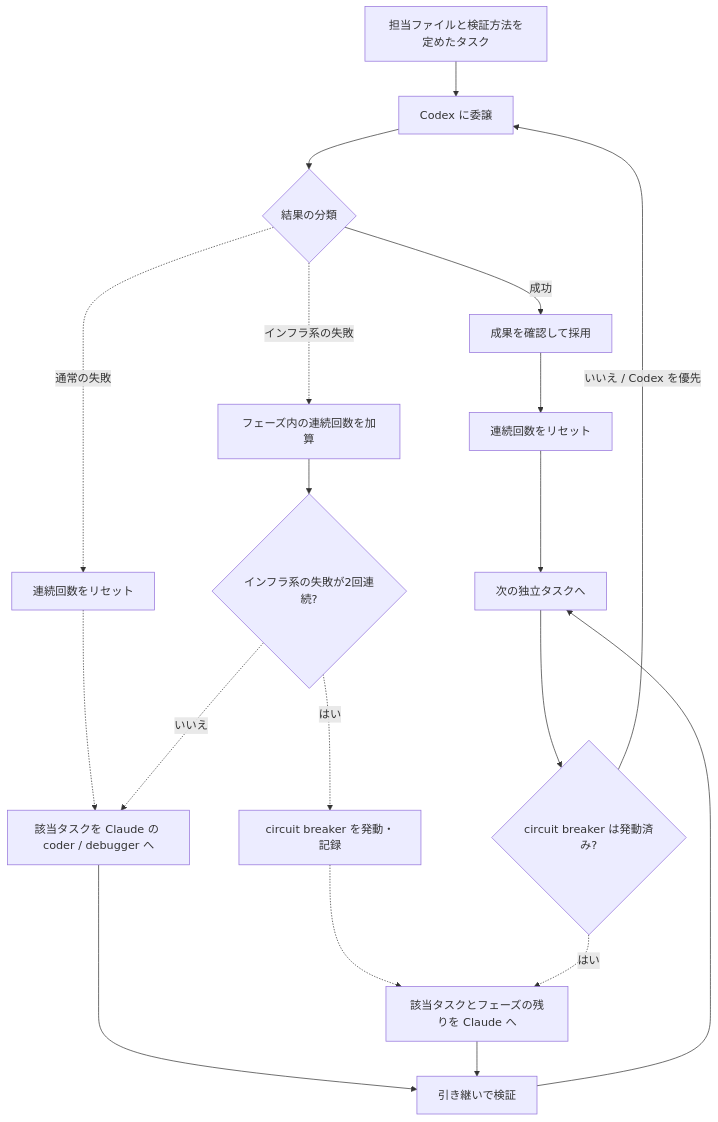
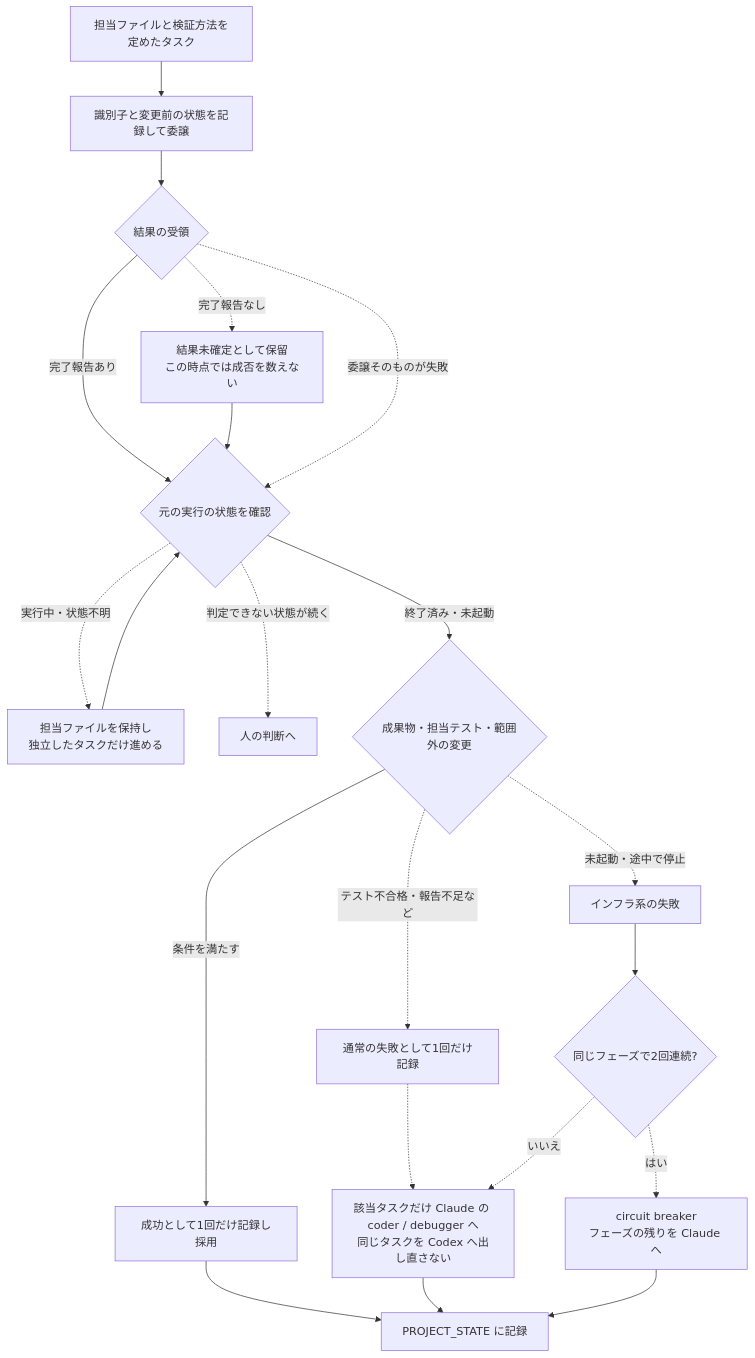
One commit to satellite1105/dev-factory-showcase changed the second of 3 diagrams in docs/architecture.md. Above: the diagram before and after it, drawn with Mermaid. The commit also changed other lines of this file and 12 other files, not shown here.

````diff
--- a/docs/architecture.md
+++ b/docs/architecture.md
@@ -95,21 +94,23 @@
 ```mermaid
 flowchart TD
-    TASK["担当ファイルと検証方法を定めたタスク"] --> CODEX["Codex に委譲"]
-    CODEX --> RESULT{"結果の分類"}
-    RESULT -->|"成功"| ADOPT["成果を確認して採用"]
-    RESULT -.->|"通常の失敗"| NORMAL["連続回数をリセット"]
-    NORMAL -.-> FALLBACK["該当タスクを Claude の coder / debugger へ"]
-    RESULT -.->|"インフラ系の失敗"| COUNT["フェーズ内の連続回数を加算"]
-    COUNT --> LIMIT{"インフラ系の失敗が2回連続?"}
-    LIMIT -.->|"いいえ"| FALLBACK
-    LIMIT -.->|"はい"| BREAKER["circuit breaker を発動・記録"]
-    BREAKER -.-> REST["該当タスクとフェーズの残りを Claude へ"]
-    ADOPT --> RESET["連続回数をリセット"]
-    FALLBACK --> FINISH["引き継いで検証"]
-    REST --> FINISH
-    RESET --> NEXT["次の独立タスクへ"]
-    FINISH --> NEXT
-    NEXT --> CHECK{"circuit breaker は発動済み?"}
-    CHECK -->|"いいえ / Codex を優先"| CODEX
-    CHECK -.->|"はい"| REST
+    TASK["担当ファイルと検証方法を定めたタスク"] --> SEND["識別子と変更前の状態を記録して委譲"]
+    SEND --> RECV{"結果の受領"}
+    RECV -->|"完了報告あり"| ENDCHK{"元の実行の状態を確認"}
+    RECV -.->|"完了報告なし"| PENDING["結果未確定として保留<br/>この時点では成否を数えない"]
+    PENDING --> ENDCHK
+    RECV -.->|"委譲そのものが失敗"| ENDCHK
+    ENDCHK -.->|"実行中・状態不明"| HOLD["担当ファイルを保持し<br/>独立したタスクだけ進める"]
+    HOLD --> ENDCHK
+    ENDCHK -.->|"判定できない状態が続く"| HUMAN["人の判断へ"]
+    ENDCHK -->|"終了済み・未起動"| VERIFY{"成果物・担当テスト・範囲外の変更"}
+    VERIFY -->|"条件を満たす"| ADOPT["成功として1回だけ記録し採用"]
+    VERIFY -.->|"テスト不合格・報告不足など"| NORMAL["通常の失敗として1回だけ記録"]
+    VERIFY -.->|"未起動・途中で停止"| INFRA["インフラ系の失敗"]
+    NORMAL -.-> FB["該当タスクだけ Claude の coder / debugger へ<br/>同じタスクを Codex へ出し直さない"]
+    INFRA --> COUNT{"同じフェーズで2回連続?"}
+    COUNT -.->|"いいえ"| FB
+    COUNT -.->|"はい"| BREAKER["circuit breaker<br/>フェーズの残りを Claude へ"]
+    ADOPT --> STATE["PROJECT_STATE に記録"]
+    FB --> STATE
+    BREAKER --> STATE
 ```
````
